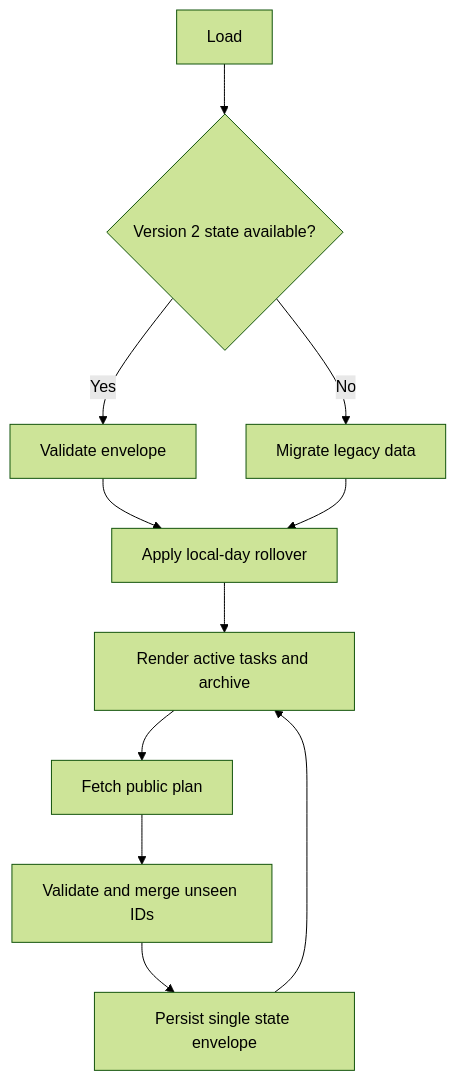
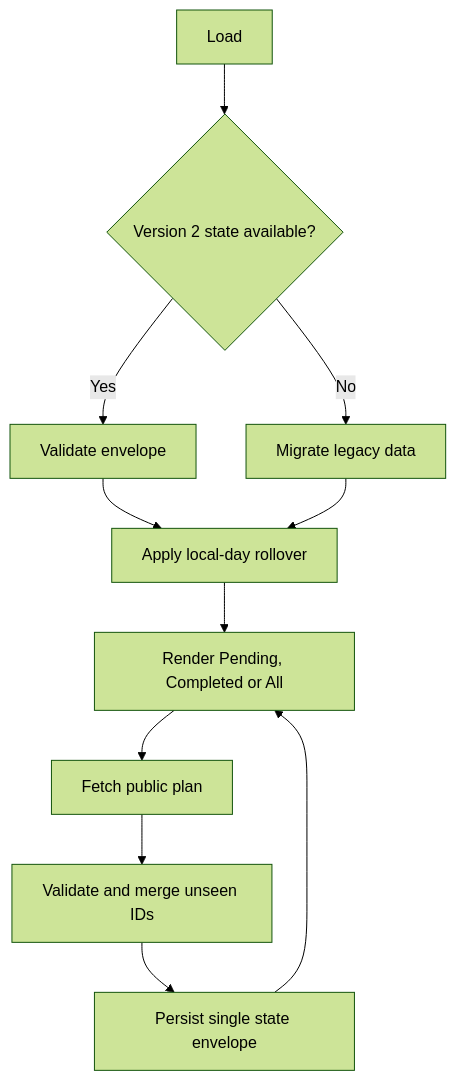
One commit to varunjakkampudi-tech/daily-checklist changed the first of 2 diagrams in docs/architecture.md. Above: the diagram before and after it, drawn with Mermaid (forest theme). The commit also changed other lines of this file, not shown here.

Commit message:
docs: align architecture with three-tab lifecycle

````diff
--- a/docs/architecture.md
+++ b/docs/architecture.md
@@ -7,13 +7,13 @@
 ```mermaid
 flowchart TD
  A[Load] --> B{Version 2 state available?}
  B -->|Yes| C[Validate envelope]
  B -->|No| D[Migrate legacy data]
  C --> E[Apply local-day rollover]
  D --> E
- E --> F[Render active tasks and archive]
+ E --> F[Render Pending, Completed or All]
  F --> G[Fetch public plan]
  G --> H[Validate and merge unseen IDs]
  H --> I[Persist single state envelope]
  I --> F
 ```
````
